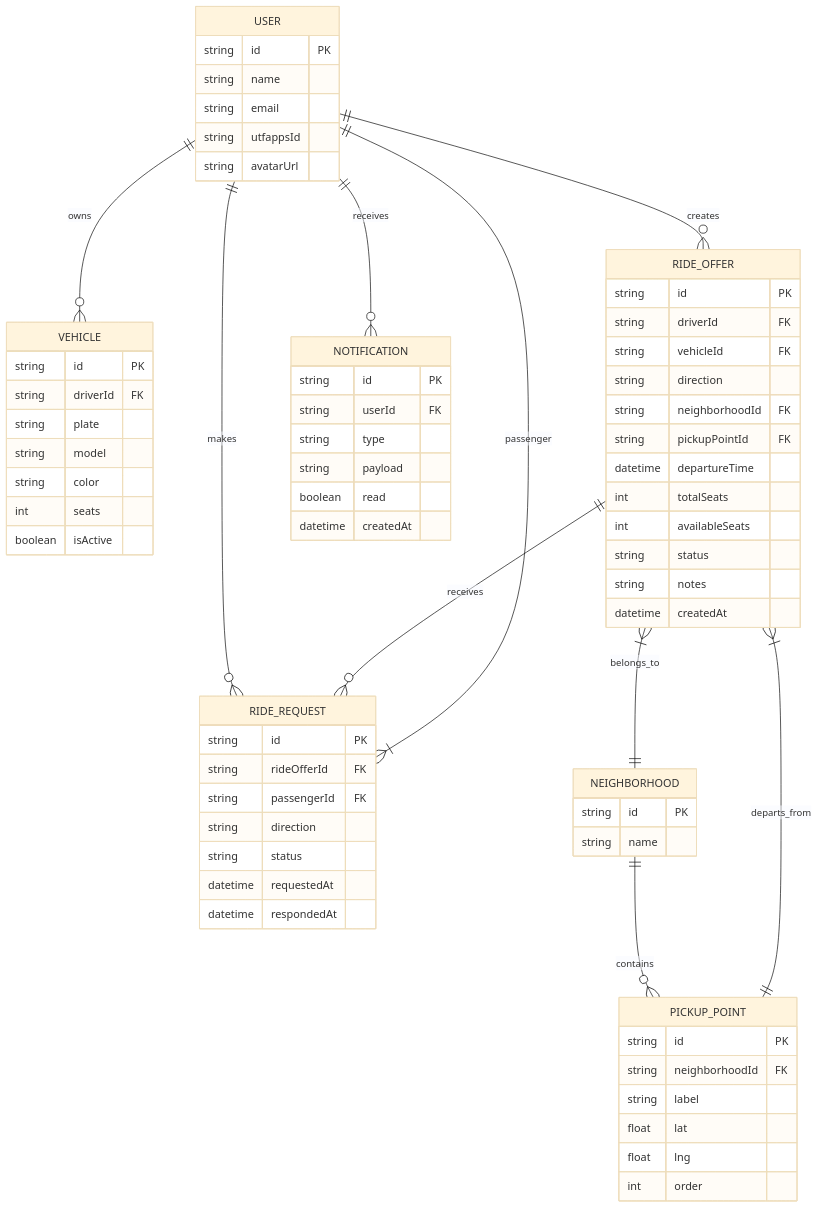
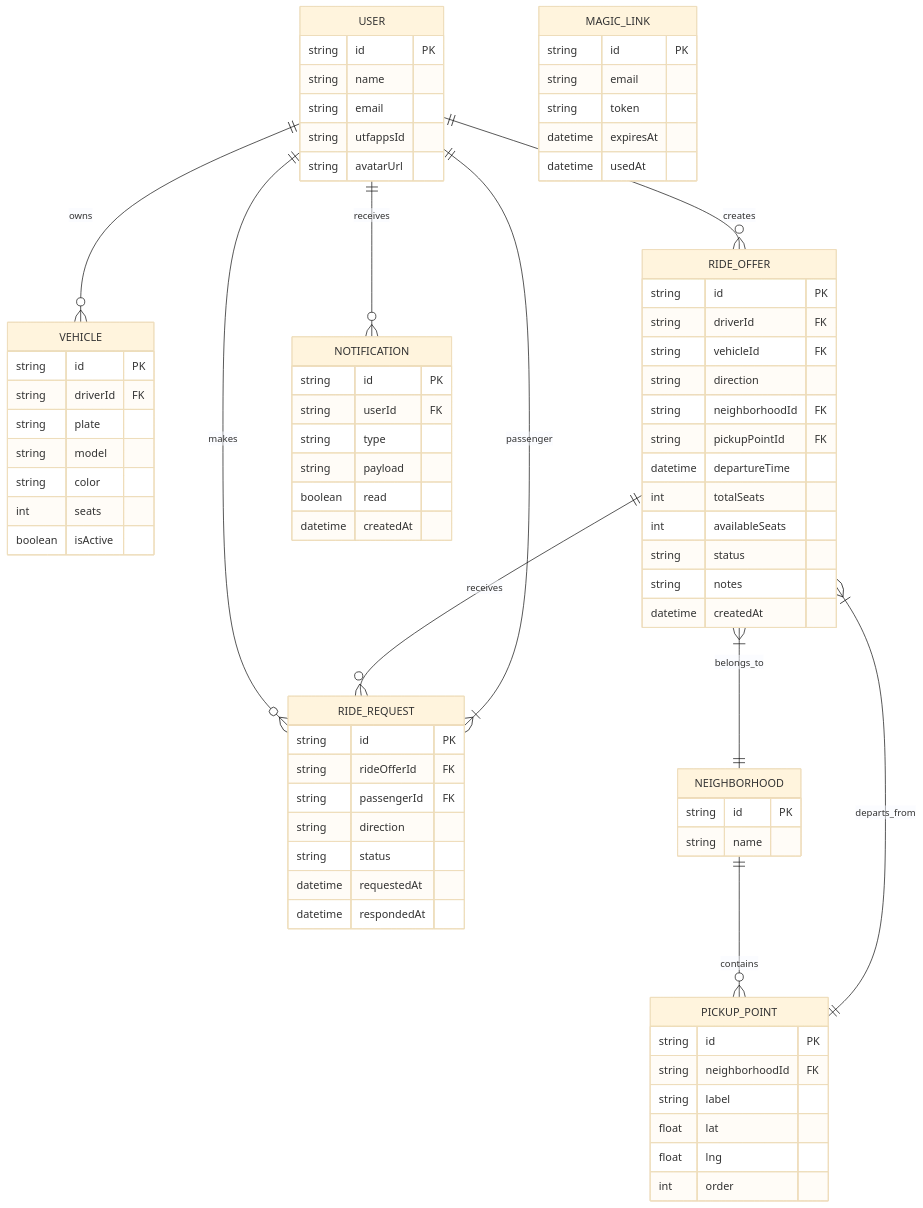
The diagram in docs/architecture.md (gabrielbucz/munte_app), drawn with Mermaid (base theme) before and after one commit. The commit also changed other lines of this file and 2 other files, not shown here.

````diff
--- a/docs/architecture.md
+++ b/docs/architecture.md
@@ -102,71 +104,78 @@
 ```mermaid
 erDiagram
     USER ||--o{ VEHICLE : owns
     USER ||--o{ RIDE_OFFER : creates
     USER ||--o{ RIDE_REQUEST : makes
     USER ||--o{ NOTIFICATION : receives
     USER {
         string id PK
         string name
         string email
         string utfappsId
         string avatarUrl
     }
     VEHICLE {
         string id PK
         string driverId FK
         string plate
         string model
         string color
         int seats
         boolean isActive
     }
     RIDE_OFFER ||--o{ RIDE_REQUEST : receives
     RIDE_OFFER {
         string id PK
         string driverId FK
         string vehicleId FK
         string direction
         string neighborhoodId FK
         string pickupPointId FK
         datetime departureTime
         int totalSeats
         int availableSeats
         string status
         string notes
         datetime createdAt
     }
     RIDE_REQUEST {
         string id PK
         string rideOfferId FK
         string passengerId FK
         string direction
         string status
         datetime requestedAt
         datetime respondedAt
     }
     NEIGHBORHOOD ||--o{ PICKUP_POINT : contains
     NEIGHBORHOOD {
         string id PK
         string name
     }
     PICKUP_POINT {
         string id PK
         string neighborhoodId FK
         string label
         float lat
         float lng
         int order
     }
     NOTIFICATION {
         string id PK
         string userId FK
         string type
         string payload
         boolean read
         datetime createdAt
     }
+    MAGIC_LINK {
+        string id PK
+        string email
+        string token
+        datetime expiresAt
+        datetime usedAt
+    }
     RIDE_OFFER }|--|| NEIGHBORHOOD : belongs_to
     RIDE_OFFER }|--|| PICKUP_POINT : departs_from
     RIDE_REQUEST }|--|| USER : passenger
 ```
````
